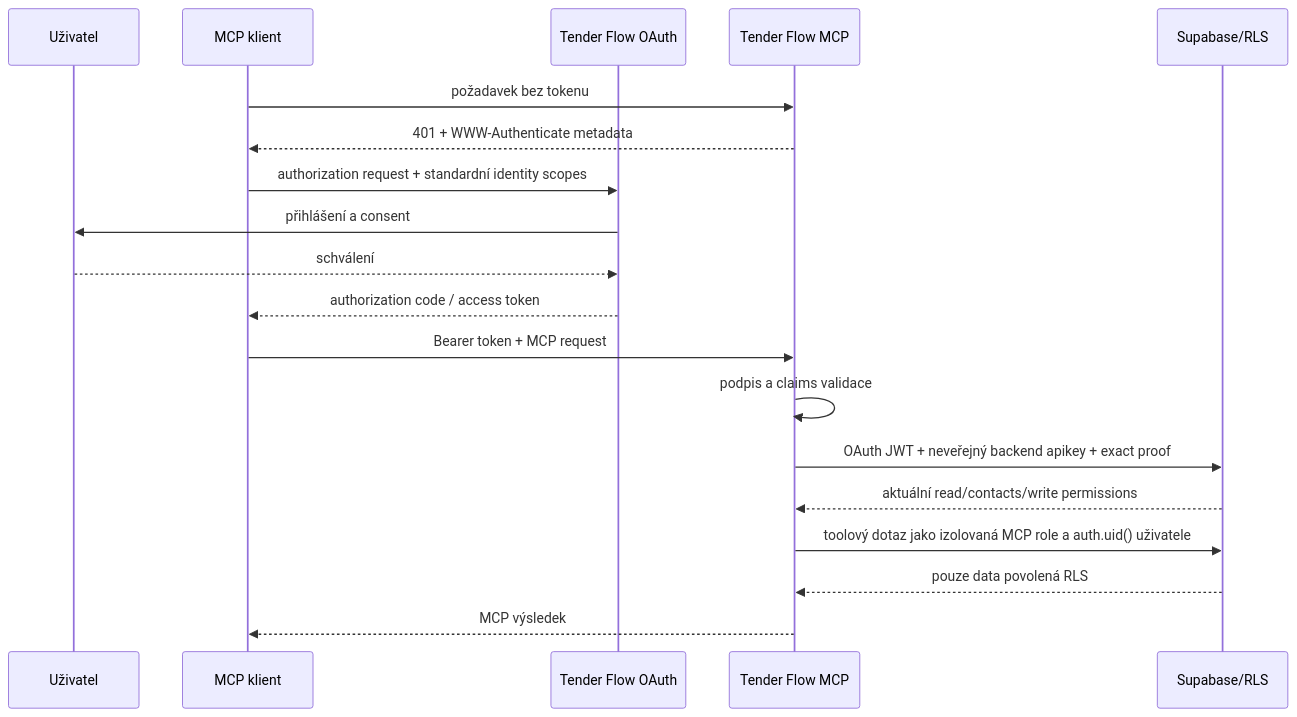
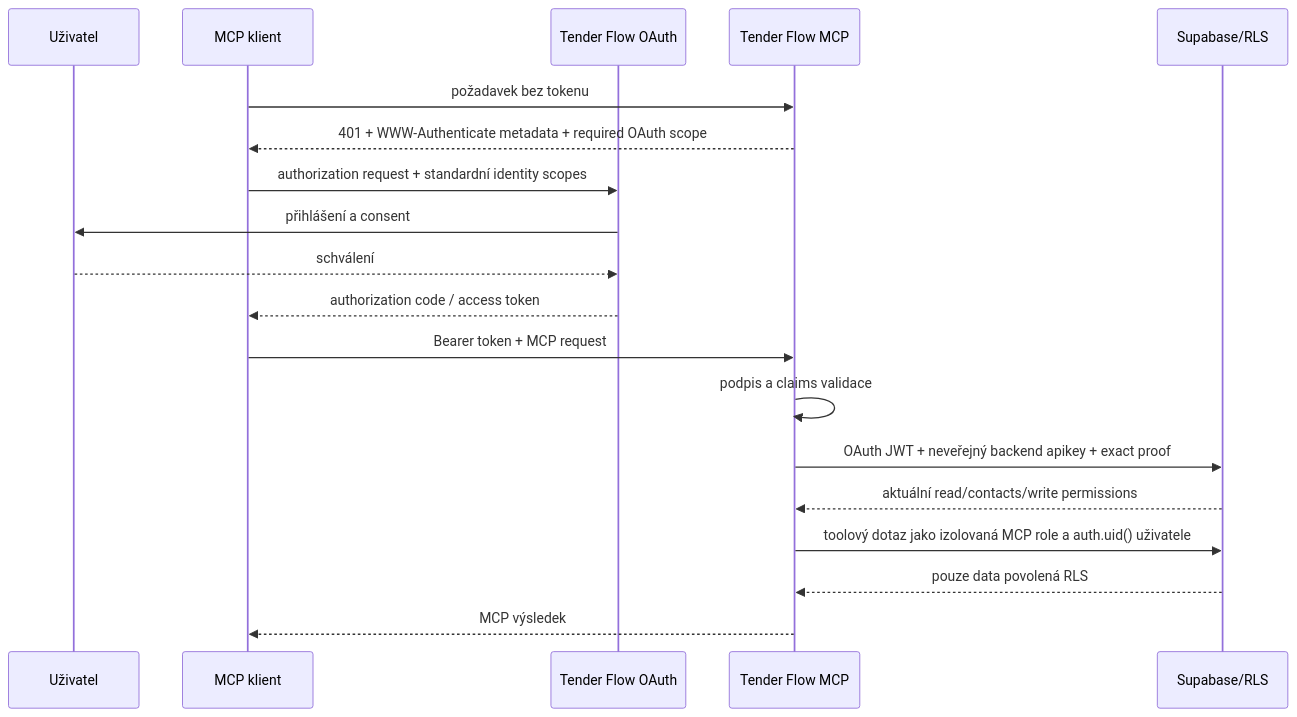
One commit to Martin82K/Tender-Flow changed the diagram in docs/mcp/authentication.md. Above: the diagram before and after it, drawn with Mermaid. The commit also changed 4 other files, not shown here.

````diff
--- a/docs/mcp/authentication.md
+++ b/docs/mcp/authentication.md
@@ -13,21 +13,21 @@
 ```mermaid
 sequenceDiagram
   participant U as Uživatel
   participant C as MCP klient
   participant O as Tender Flow OAuth
   participant M as Tender Flow MCP
   participant D as Supabase/RLS
   C->>M: požadavek bez tokenu
-  M-->>C: 401 + WWW-Authenticate metadata
+  M-->>C: 401 + WWW-Authenticate metadata + required OAuth scope
   C->>O: authorization request + standardní identity scopes
   O->>U: přihlášení a consent
   U-->>O: schválení
   O-->>C: authorization code / access token
   C->>M: Bearer token + MCP request
   M->>M: podpis a claims validace
   M->>D: OAuth JWT + neveřejný backend apikey + exact proof
   D-->>M: aktuální read/contacts/write permissions
   M->>D: toolový dotaz jako izolovaná MCP role a auth.uid() uživatele
   D-->>M: pouze data povolená RLS
   M-->>C: MCP výsledek
 ```
````
